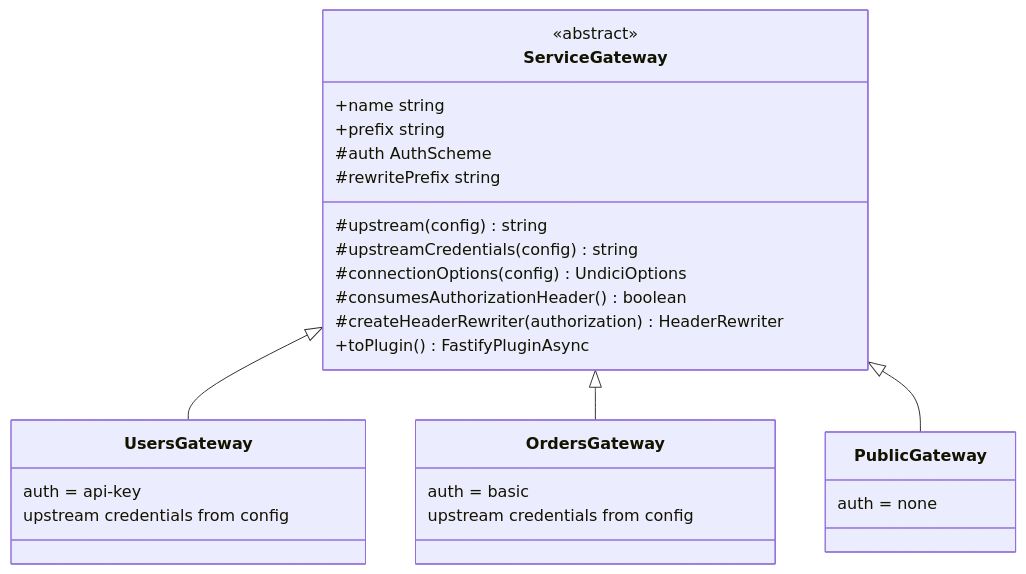
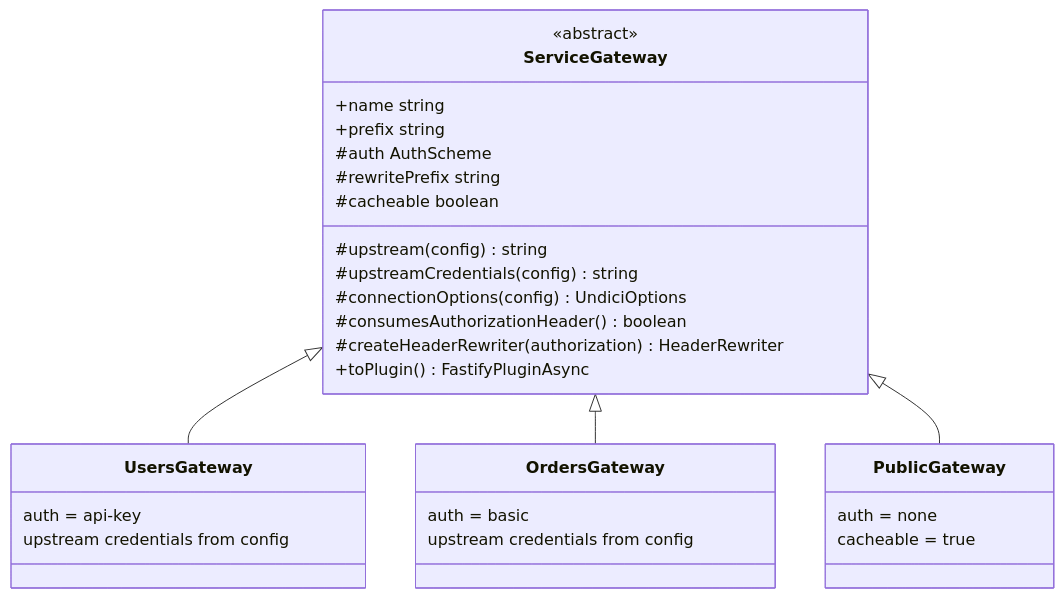
The diagram in docs/extending.md (byshahriar/fastify-gateway), drawn with Mermaid before and after one commit. The commit also changed other lines of this file and 2 other files, not shown here.

Commit message:
docs: refresh architecture diagrams and add a response-caching sequence diagram

````diff
--- a/docs/extending.md
+++ b/docs/extending.md
@@ -52,30 +52,32 @@
 ```mermaid
 classDiagram
     class ServiceGateway {
         <<abstract>>
         +name string
         +prefix string
         #auth AuthScheme
         #rewritePrefix string
+        #cacheable boolean
         #upstream(config) string
         #upstreamCredentials(config) string
         #connectionOptions(config) UndiciOptions
         #consumesAuthorizationHeader() boolean
         #createHeaderRewriter(authorization) HeaderRewriter
         +toPlugin() FastifyPluginAsync
     }
     class UsersGateway {
         auth = api-key
         upstream credentials from config
     }
     class OrdersGateway {
         auth = basic
         upstream credentials from config
     }
     class PublicGateway {
         auth = none
+        cacheable = true
     }
     ServiceGateway <|-- UsersGateway
     ServiceGateway <|-- OrdersGateway
     ServiceGateway <|-- PublicGateway
 ```
````
